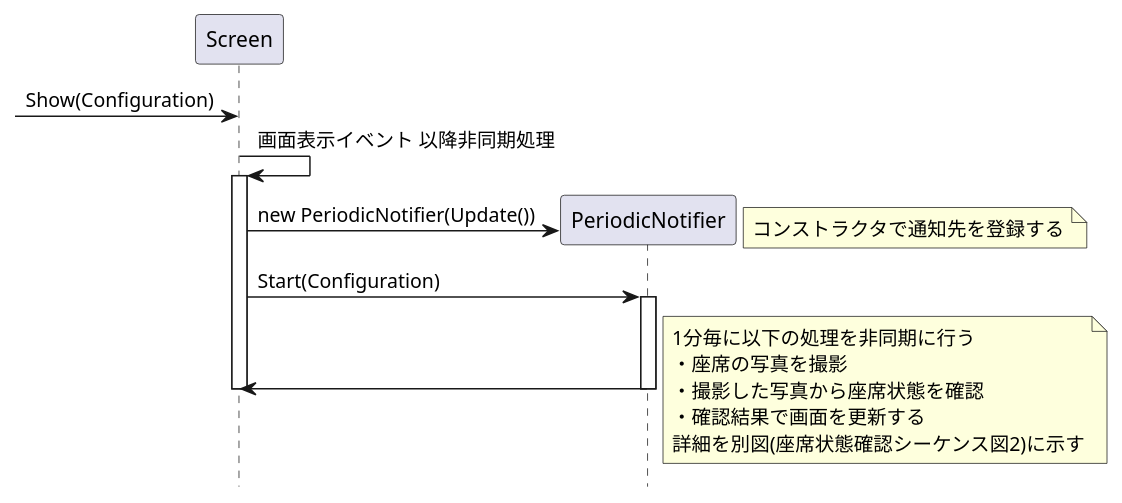
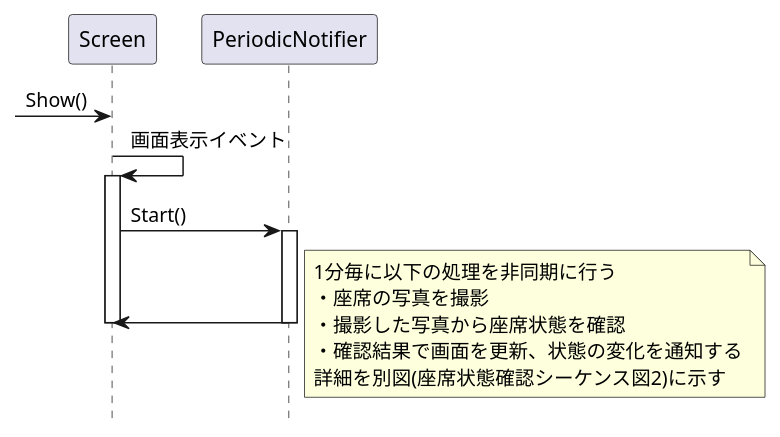
One commit to KeisukeSugita/Seat-monitoring-system changed the diagram in doc/詳細設計/座席状態確認シーケンス図.pu. Above: the diagram before and after it, drawn with PlantUML. The commit also changed 3 other files, not shown here.

```diff
--- a/doc/詳細設計/座席状態確認シーケンス図.pu
+++ b/doc/詳細設計/座席状態確認シーケンス図.pu
@@ -1,29 +1,24 @@
 @startuml 座席状態確認シーケンス図
 hide footbox
 
 participant "Screen" as Screen
 participant "PeriodicNotifier" as PeriodicNotifier
 
--> Screen :Show(Configuration)
-Screen -> Screen :画面表示イベント 以降非同期処理
+-> Screen :Show()
+Screen -> Screen :画面表示イベント
 activate Screen
-create PeriodicNotifier
-Screen -> PeriodicNotifier :new PeriodicNotifier(Update())
-note right
-	コンストラクタで通知先を登録する
-end note
 
-Screen -> PeriodicNotifier :Start(Configuration)
+Screen -> PeriodicNotifier :Start()
 activate PeriodicNotifier
 Screen <- PeriodicNotifier
 deactivate PeriodicNotifier
 deactivate Screen
 note right
 	1分毎に以下の処理を非同期に行う
 	・座席の写真を撮影
 	・撮影した写真から座席状態を確認
-	・確認結果で画面を更新する
+	・確認結果で画面を更新、状態の変化を通知する
 	詳細を別図(座席状態確認シーケンス図2)に示す
 end note
 
 @enduml
```
